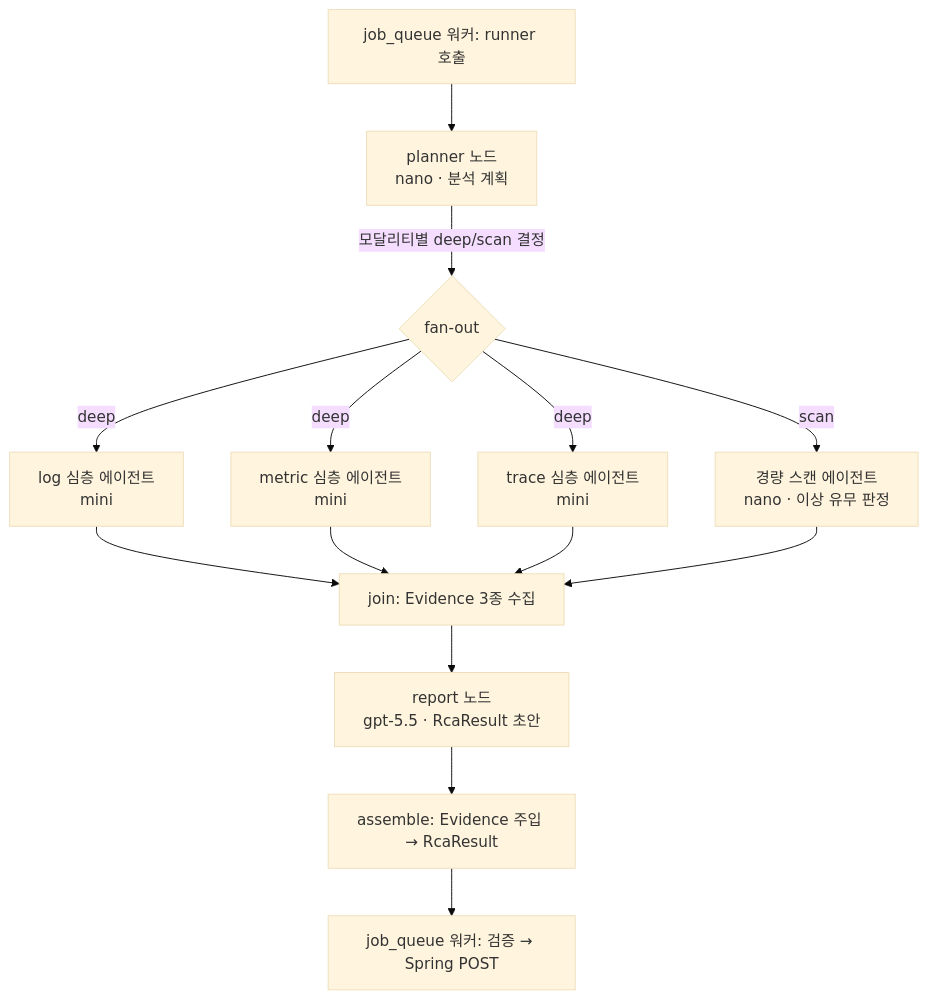
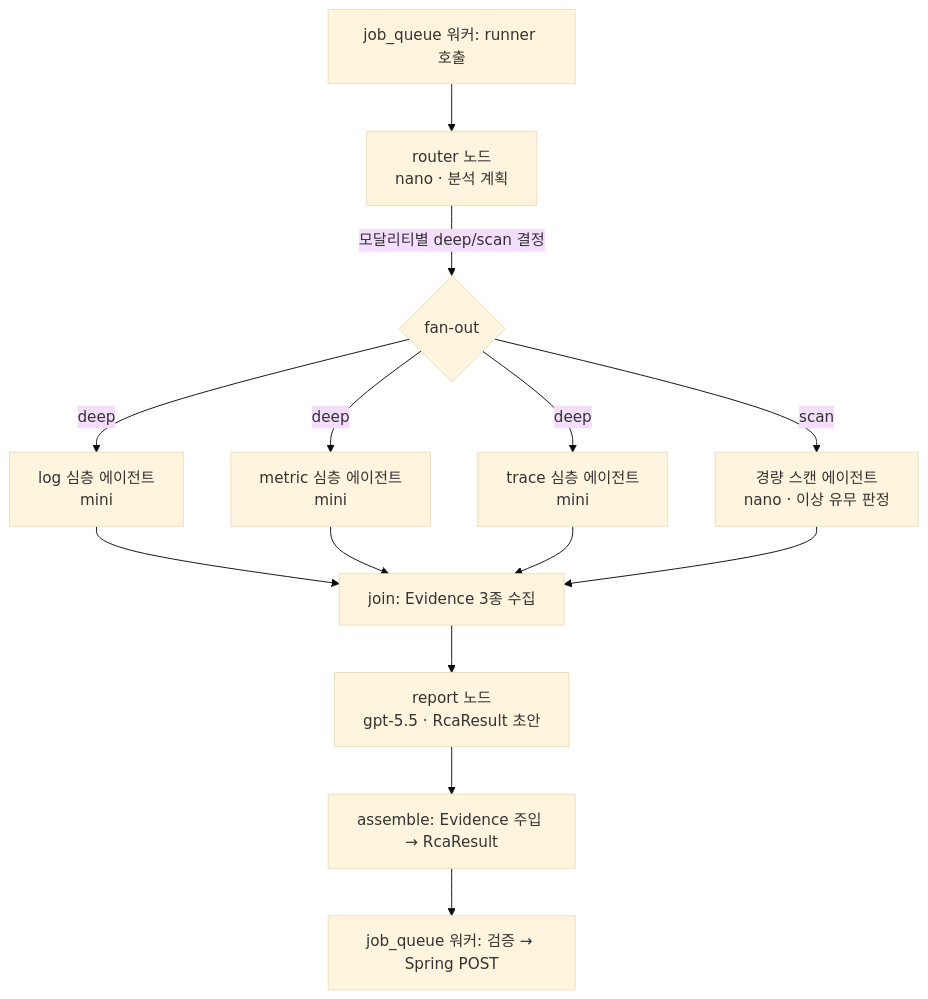
The diagram in docs/agent-design.md (KT-AX-ICT/chok-v2-ai-backend), drawn with Mermaid (base theme) before and after one commit. The commit also changed other lines of this file and 14 other files, not shown here.

````diff
--- a/docs/agent-design.md
+++ b/docs/agent-design.md
@@ -20,16 +20,16 @@
 ```mermaid
 graph TD
-    IN[job_queue 워커: runner 호출] --> P[planner 노드<br/>nano · 분석 계획]
+    IN[job_queue 워커: runner 호출] --> P[router 노드<br/>nano · 분석 계획]
     P -->|모달리티별 deep/scan 결정| F{fan-out}
     F -->|deep| L[log 심층 에이전트<br/>mini]
     F -->|deep| M[metric 심층 에이전트<br/>mini]
     F -->|deep| T[trace 심층 에이전트<br/>mini]
     F -->|scan| SC[경량 스캔 에이전트<br/>nano · 이상 유무 판정]
     L --> J[join: Evidence 3종 수집]
     M --> J
     T --> J
     SC --> J
     J --> R[report 노드<br/>gpt-5.5 · RcaResult 초안]
     R --> A[assemble: Evidence 주입 → RcaResult]
     A --> OUT[job_queue 워커: 검증 → Spring POST]
 ```
````
